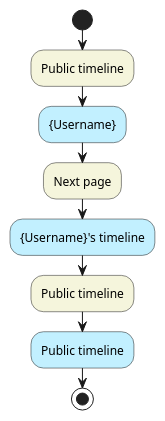
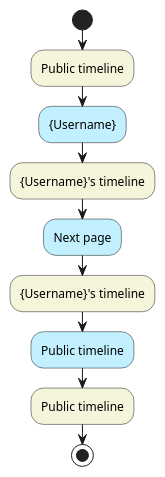
The diagram in docs/diagrams/unauthenticated_user_acitivity.plantuml (ITU-BDSA23-GROUP1/Chirp), drawn with PlantUML before and after one commit. The commit also changed 11 other files, not shown here.

Commit message:
Removed unnessesary generic type from Author-and Cheep repos. Updated uml diagram. Cleaned up code.

```diff
--- a/docs/diagrams/unauthenticated_user_acitivity.plantuml
+++ b/docs/diagrams/unauthenticated_user_acitivity.plantuml
@@ -1,10 +1,11 @@
-@startuml
+@startuml unauthenticatedUserActivities
 start
 #beige:Public timeline;
 #APPLICATION:{Username};
-#beige:Next page;
-#APPLICATION:{Username}'s timeline;
-#beige:Public timeline;
+#beige:{Username}'s timeline;
+#APPLICATION:Next page;
+#beige:{Username}'s timeline;
 #APPLICATION:Public timeline;
+#Beige:Public timeline;
 stop
 @enduml
```
